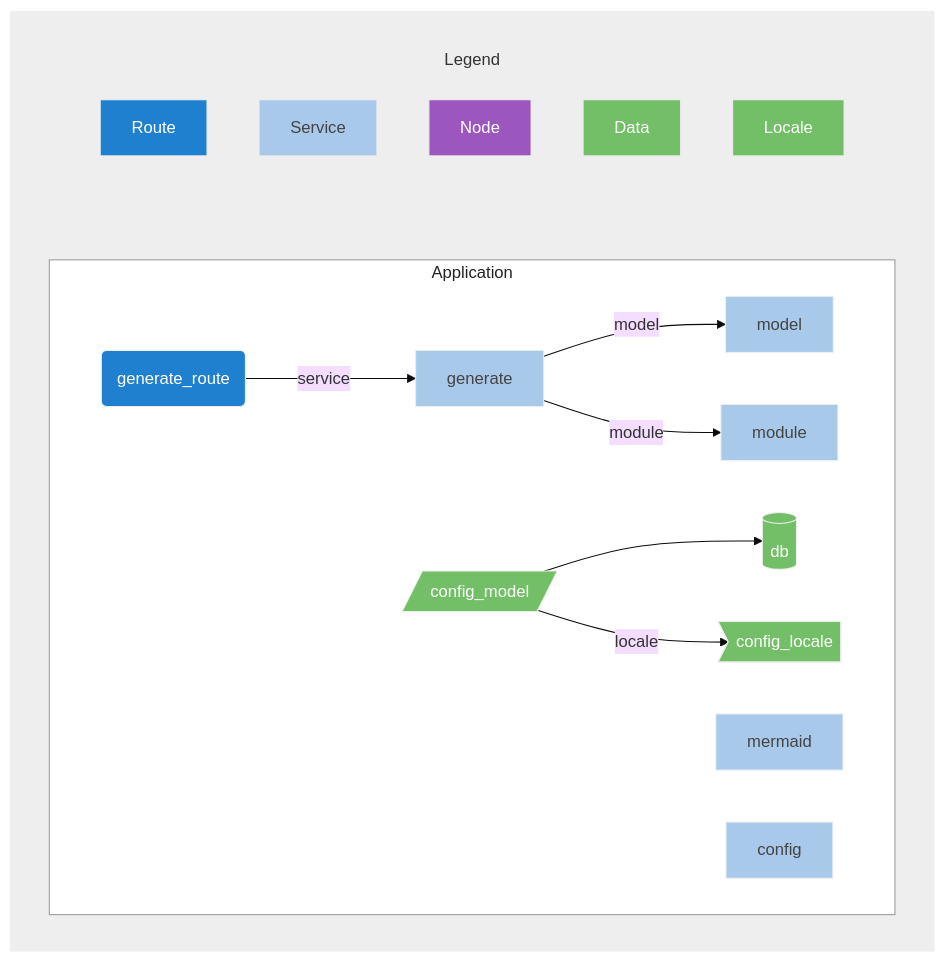
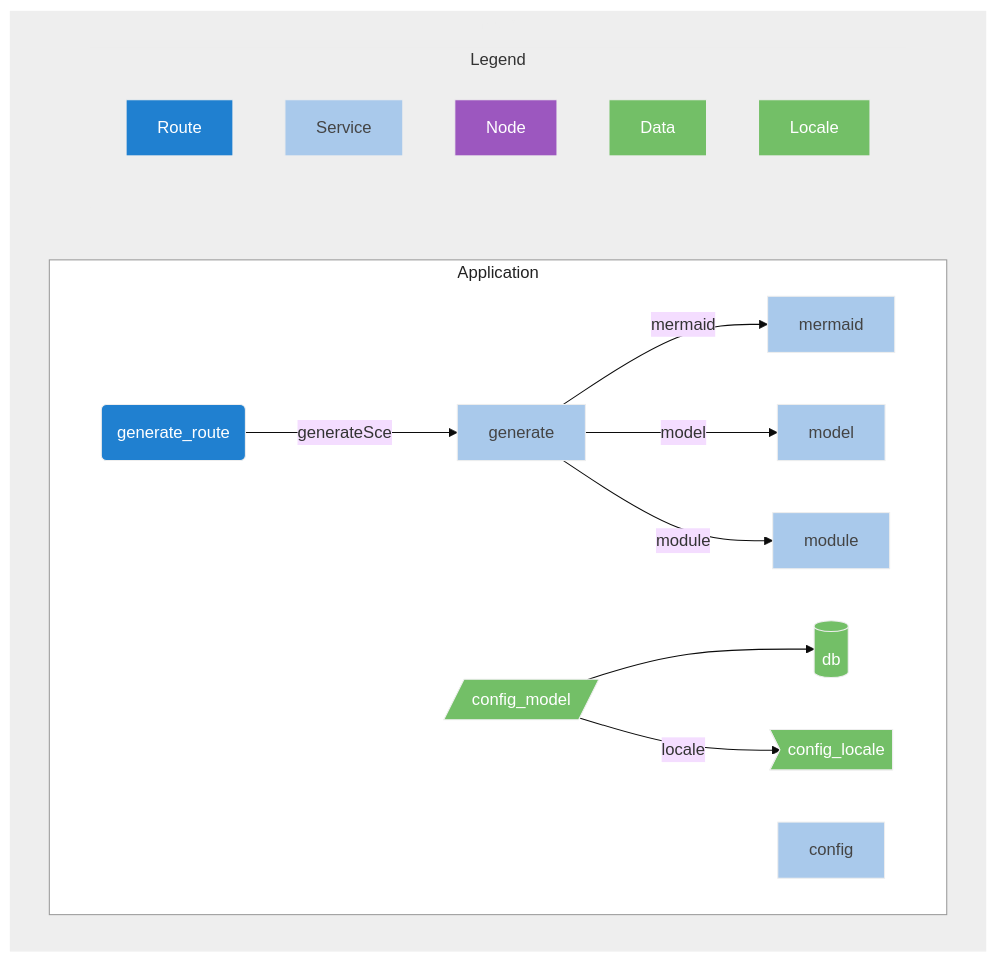
One commit to franck-yvetot/nxn-cli changed the diagram in client_data/default/config_default.README.mmd. Above: the diagram before and after it, drawn with Mermaid (base theme). The commit also changed 1 other file, not shown here.

```diff
--- a/client_data/default/config_default.README.mmd
+++ b/client_data/default/config_default.README.mmd
@@ -1,43 +1,44 @@
 graph LR;
 subgraph main
     direction LR;
 
     subgraph Application
         direction LR;
         classDef nodeCls fill:#9C57BF,stroke:#eee,color:#fff
         classDef routeCls fill:#2080D0,stroke:#eee,color:#fff
         classDef nodCls fill:#9C57BF,stroke:#eee,color:#fff
         classDef serviceCls fill:#A9C9EB,stroke:#eee,color:#444
         classDef dataCls fill:#73BF67,stroke:#eee,color:#fff        
         classDef localeCls fill:#73BF67,stroke:#eee,color:#fff        
     generate_route("generate_route"):::routeCls
-    generate_route -- service -->generate;
+    generate_route -- generateSce -->generate;
     db[("db")]:::dataCls
     mermaid["mermaid"]:::serviceCls
     model["model"]:::serviceCls
     generate["generate"]:::serviceCls
+    generate -- mermaid -->mermaid;
     generate -- model -->model;
     generate -- module -->module;
     module["module"]:::serviceCls
     config_locale>"config_locale"]:::localeCls
     config_model[/"config_model"/]:::dataCls
     config_model --> db;
     config_model -- locale -->config_locale;
     config["config"]:::serviceCls
 end
 
     subgraph Legend
         Route:::routeCls
         Service:::serviceCls
         Node:::nodCls
         Data:::dataCls
         Locale:::localeCls
     end
 
 end
 
 
 
 style Application fill:#fff,stroke:#999,color:#222
 style Legend fill:#eee,stroke:#eee,color:#333
 style main fill:#eee,stroke:#eee,color:#eee
```
